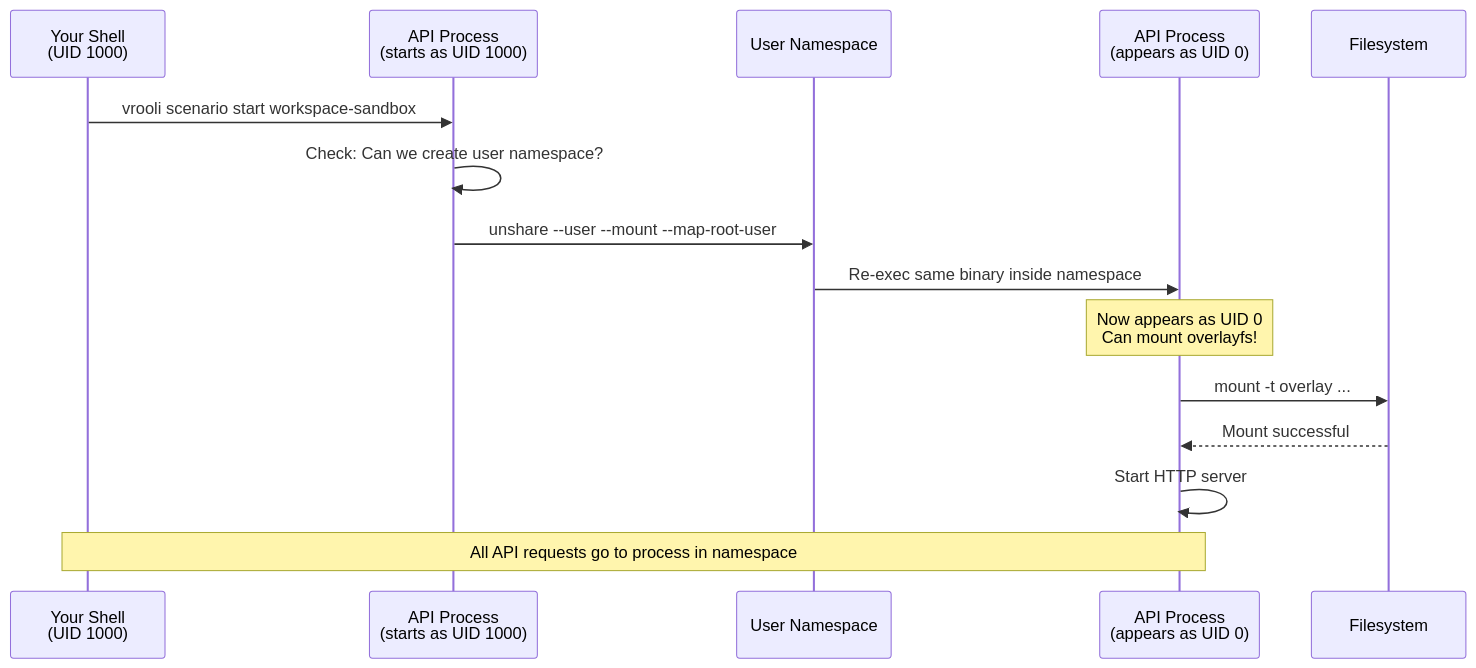
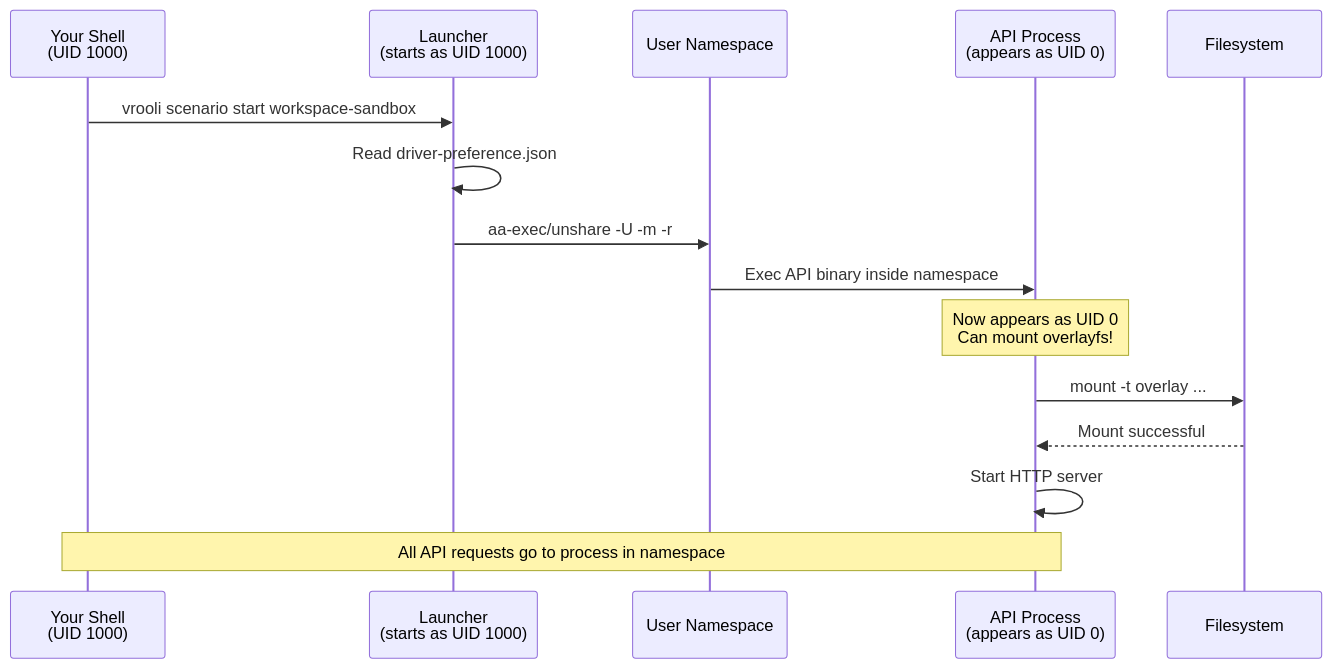
The third of 8 diagrams in scenarios/workspace-sandbox/docs/ARCHITECTURE.md (Vrooli/Vrooli), drawn with Mermaid before and after one commit. The commit also changed other lines of this file and 79 other files, not shown here.

````diff
--- a/scenarios/workspace-sandbox/docs/ARCHITECTURE.md
+++ b/scenarios/workspace-sandbox/docs/ARCHITECTURE.md
@@ -183,18 +183,18 @@
 ```mermaid
 sequenceDiagram
     participant User as Your Shell<br/>(UID 1000)
-    participant API1 as API Process<br/>(starts as UID 1000)
+    participant Launcher as Launcher<br/>(starts as UID 1000)
     participant NS as User Namespace
     participant API2 as API Process<br/>(appears as UID 0)
     participant FS as Filesystem
 
-    User->>API1: vrooli scenario start workspace-sandbox
-    API1->>API1: Check: Can we create user namespace?
-    API1->>NS: unshare --user --mount --map-root-user
-    NS->>API2: Re-exec same binary inside namespace
+    User->>Launcher: vrooli scenario start workspace-sandbox
+    Launcher->>Launcher: Read driver-preference.json
+    Launcher->>NS: aa-exec/unshare -U -m -r
+    NS->>API2: Exec API binary inside namespace
     Note over API2: Now appears as UID 0<br/>Can mount overlayfs!
     API2->>FS: mount -t overlay ...
     FS-->>API2: Mount successful
     API2->>API2: Start HTTP server
     Note over User,API2: All API requests go to process in namespace
 ```
````
